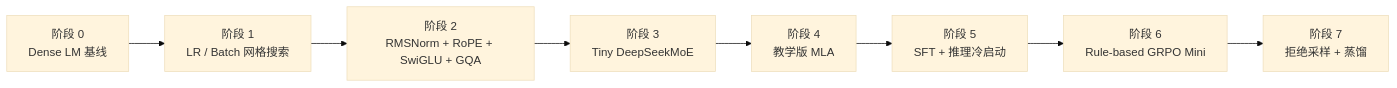
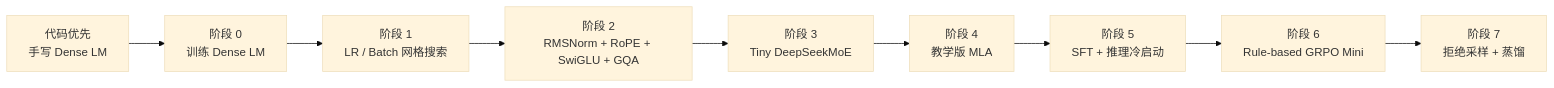
Before and after one commit to legend91019/TinySeek-Lab: the first of 2 diagrams in README_zh.md, drawn with Mermaid (base theme). The commit also changed other lines of this file and 8 other files, not shown here.

````diff
--- a/README_zh.md
+++ b/README_zh.md
@@ -23,10 +24,11 @@
 ```mermaid
 flowchart LR
-  A["阶段 0<br/>Dense LM 基线"] --> B["阶段 1<br/>LR / Batch 网格搜索"]
+  Z["代码优先<br/>手写 Dense LM"] --> A["阶段 0<br/>训练 Dense LM"]
+  A --> B["阶段 1<br/>LR / Batch 网格搜索"]
   B --> C["阶段 2<br/>RMSNorm + RoPE + SwiGLU + GQA"]
   C --> D["阶段 3<br/>Tiny DeepSeekMoE"]
   D --> E["阶段 4<br/>教学版 MLA"]
   E --> F["阶段 5<br/>SFT + 推理冷启动"]
   F --> G["阶段 6<br/>Rule-based GRPO Mini"]
   G --> H["阶段 7<br/>拒绝采样 + 蒸馏"]
 ```
````
